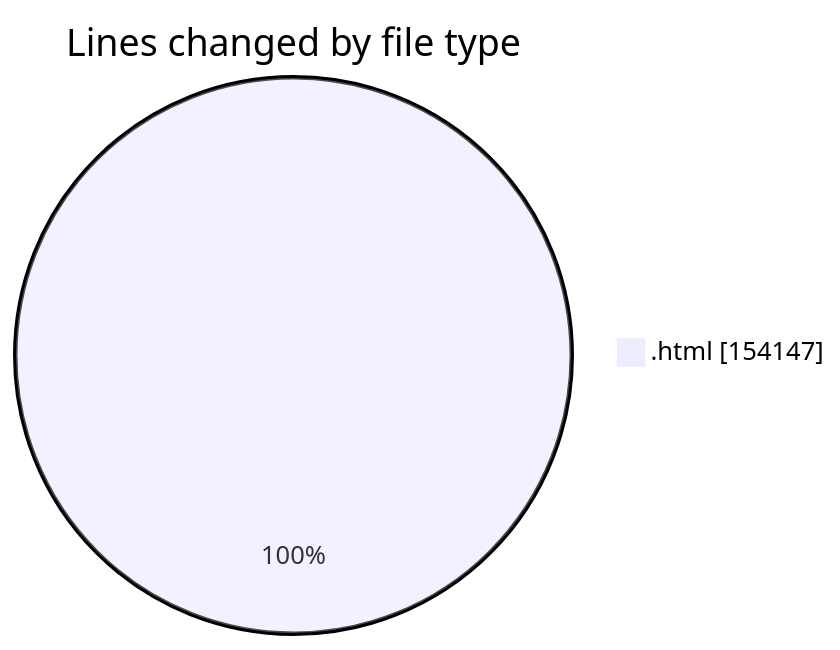
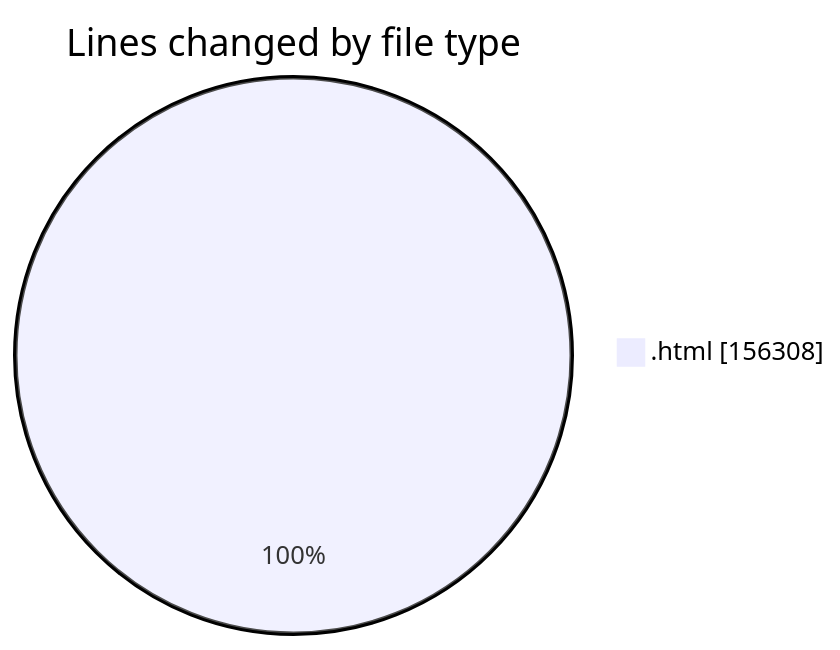
The first of 2 diagrams in 2025-03-03/www/README.md (vahidmafi/code-tracking), drawn with Mermaid before and after one commit. The commit also changed other lines of this file and 1 other file, not shown here.

````diff
--- a/2025-03-03/www/README.md
+++ b/2025-03-03/www/README.md
@@ -284,5 +288,5 @@
 ```mermaid
 pie showData
 title Lines changed by file type
-".html" : 154147
+".html" : 156308
 ```
````
